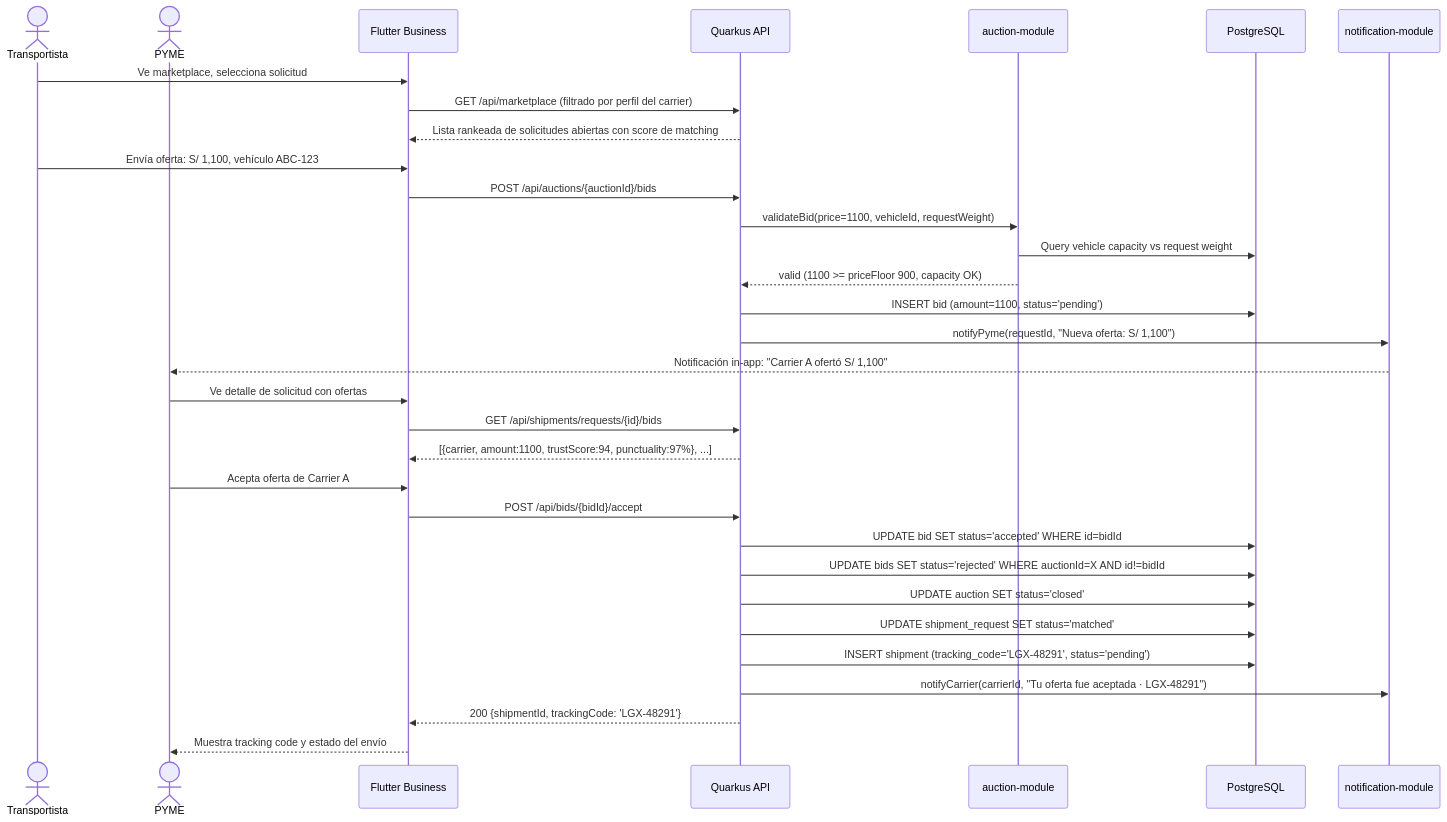
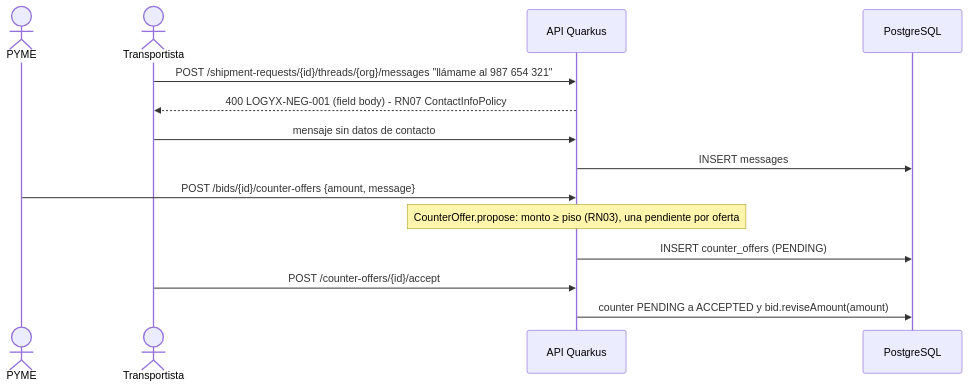
Before and after one commit to TheReeds/ProyectoEPE-LOGYX: the sixth of 14 diagrams in docs/software/entregable-1/uml.md, drawn with Mermaid. The commit also changed other lines of this file and 99 other files, not shown here.

````diff
--- a/docs/software/entregable-1/uml.md
+++ b/docs/software/entregable-1/uml.md
@@ -430,38 +348,17 @@
 ```mermaid
 sequenceDiagram
-  actor Carrier as Transportista
   actor PYME
-  participant App as Flutter Business
-  participant API as Quarkus API
-  participant Auction as auction-module
+  actor CAR as Transportista
+  participant API as API Quarkus
   participant DB as PostgreSQL
-  participant Notif as notification-module
 
-  Carrier->>App: Ve marketplace, selecciona solicitud
-  App->>API: GET /api/marketplace (filtrado por perfil del carrier)
-  API-->>App: Lista rankeada de solicitudes abiertas con score de matching
-
-  Carrier->>App: Envía oferta: S/ 1,100, vehículo ABC-123
-  App->>API: POST /api/auctions/{auctionId}/bids
-  API->>Auction: validateBid(price=1100, vehicleId, requestWeight)
-  Auction->>DB: Query vehicle capacity vs request weight
-  Auction-->>API: valid (1100 >= priceFloor 900, capacity OK)
-  API->>DB: INSERT bid (amount=1100, status='pending')
-  API->>Notif: notifyPyme(requestId, "Nueva oferta: S/ 1,100")
-  Notif-->>PYME: Notificación in-app: "Carrier A ofertó S/ 1,100"
-
-  PYME->>App: Ve detalle de solicitud con ofertas
-  App->>API: GET /api/shipments/requests/{id}/bids
-  API-->>App: [{carrier, amount:1100, trustScore:94, punctuality:97%}, ...]
-  PYME->>App: Acepta oferta de Carrier A
-  App->>API: POST /api/bids/{bidId}/accept
-
-  API->>DB: UPDATE bid SET status='accepted' WHERE id=bidId
-  API->>DB: UPDATE bids SET status='rejected' WHERE auctionId=X AND id!=bidId
-  API->>DB: UPDATE auction SET status='closed'
-  API->>DB: UPDATE shipment_request SET status='matched'
-  API->>DB: INSERT shipment (tracking_code='LGX-48291', status='pending')
-  API->>Notif: notifyCarrier(carrierId, "Tu oferta fue aceptada · LGX-48291")
-  API-->>App: 200 {shipmentId, trackingCode: 'LGX-48291'}
-  App-->>PYME: Muestra tracking code y estado del envío
+  CAR->>API: POST /shipment-requests/{id}/threads/{org}/messages "llámame al 987 654 321"
+  API-->>CAR: 400 LOGYX-NEG-001 (field body) - RN07 ContactInfoPolicy
+  CAR->>API: mensaje sin datos de contacto
+  API->>DB: INSERT messages
+  PYME->>API: POST /bids/{id}/counter-offers {amount, message}
+  Note over API: CounterOffer.propose: monto ≥ piso (RN03), una pendiente por oferta
+  API->>DB: INSERT counter_offers (PENDING)
+  CAR->>API: POST /counter-offers/{id}/accept
+  API->>DB: counter PENDING a ACCEPTED y bid.reviseAmount(amount)
 ```
````
